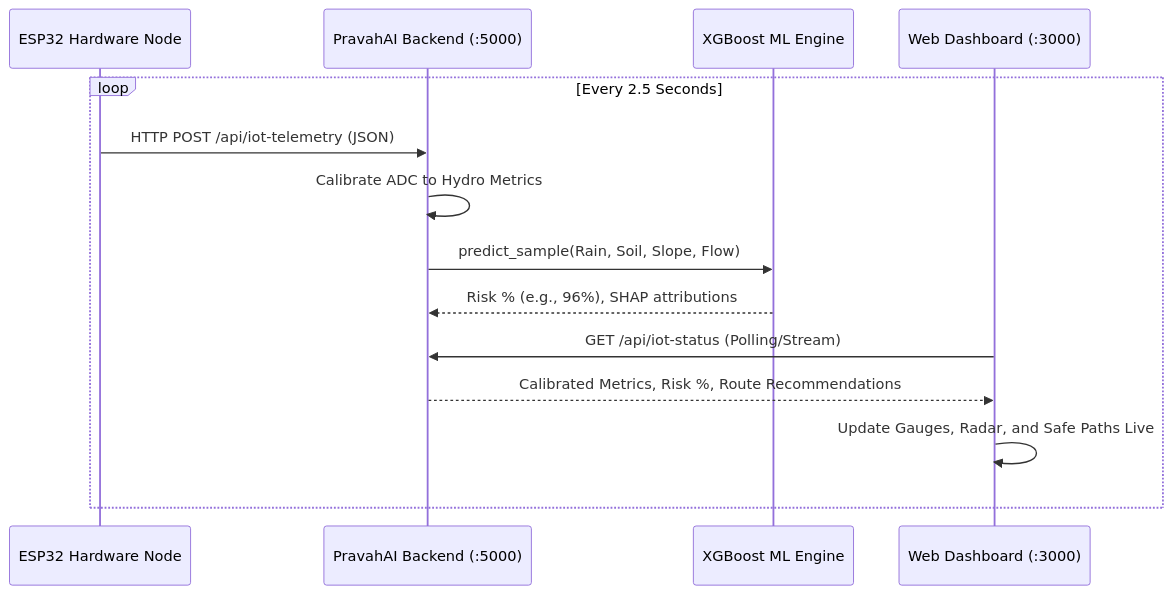
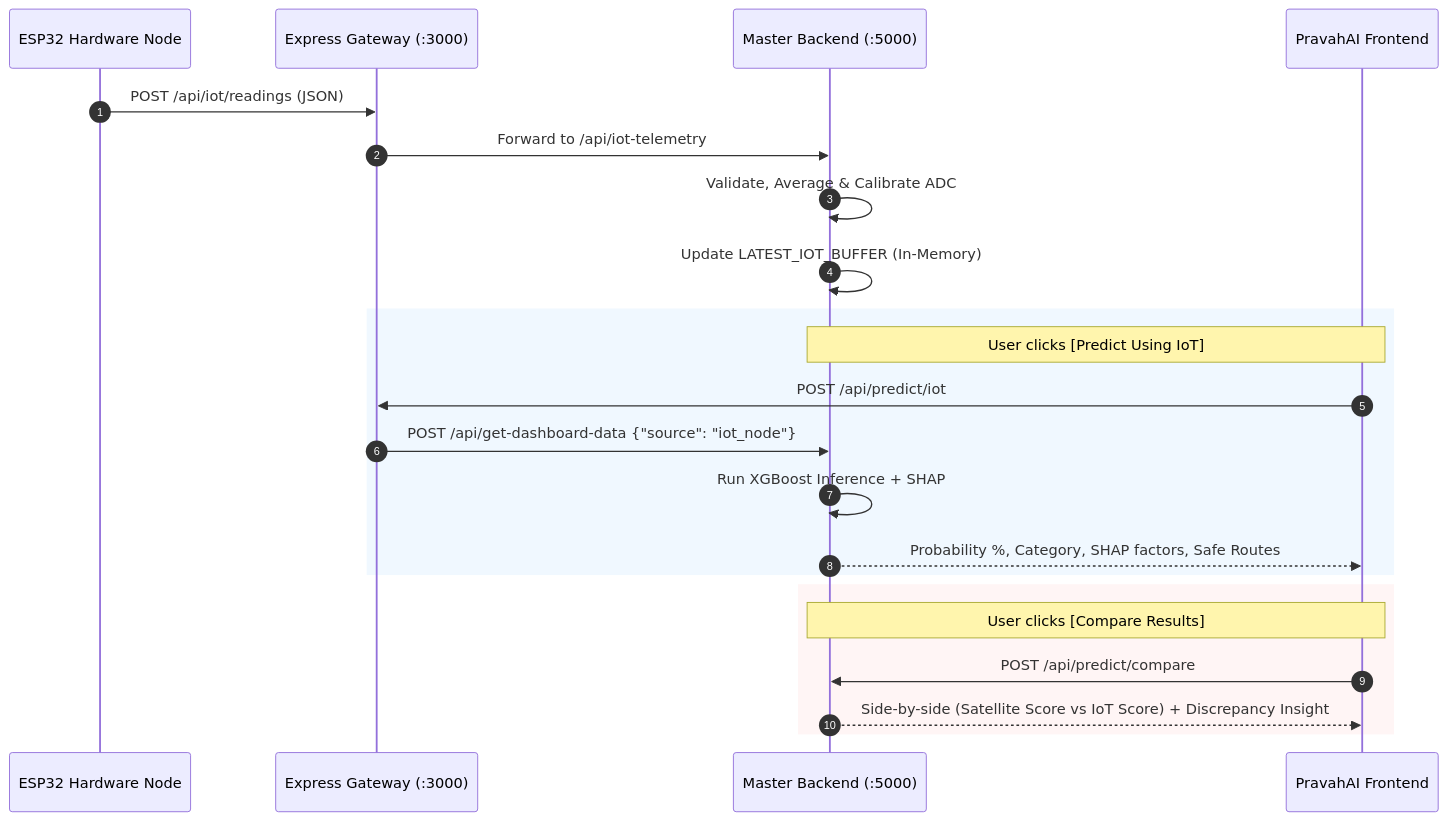
One commit to Vipin1907/PRAVAH changed the second of 2 diagrams in ESP32_IOT_INTEGRATION_PLAN.md. Above: the diagram before and after it, drawn with Mermaid. The commit also changed other lines of this file and 13 other files, not shown here.

````diff
--- a/ESP32_IOT_INTEGRATION_PLAN.md
+++ b/ESP32_IOT_INTEGRATION_PLAN.md
@@ -66,17 +109,27 @@
 ```mermaid
 sequenceDiagram
+    autonumber
     participant ESP as ESP32 Hardware Node
-    participant Flask as PravahAI Backend (:5000)
-    participant ML as XGBoost ML Engine
-    participant UI as Web Dashboard (:3000)
+    participant Gateway as Express Gateway (:3000)
+    participant Python as Master Backend (:5000)
+    participant UI as PravahAI Frontend
 
-    loop Every 2.5 Seconds
-        ESP->>Flask: HTTP POST /api/iot-telemetry (JSON)
-        Flask->>Flask: Calibrate ADC to Hydro Metrics
-        Flask->>ML: predict_sample(Rain, Soil, Slope, Flow)
-        ML-->>Flask: Risk % (e.g., 96%), SHAP attributions
-        UI->>Flask: GET /api/iot-status (Polling/Stream)
-        Flask-->>UI: Calibrated Metrics, Risk %, Route Recommendations
-        UI->>UI: Update Gauges, Radar, and Safe Paths Live
+    ESP->>Gateway: POST /api/iot/readings (JSON)
+    Gateway->>Python: Forward to /api/iot-telemetry
+    Python->>Python: Validate, Average & Calibrate ADC
+    Python->>Python: Update LATEST_IOT_BUFFER (In-Memory)
+    
+    rect rgb(240, 248, 255)
+        note over UI,Python: User clicks [Predict Using IoT]
+        UI->>Gateway: POST /api/predict/iot
+        Gateway->>Python: POST /api/get-dashboard-data {"source": "iot_node"}
+        Python->>Python: Run XGBoost Inference + SHAP
+        Python-->>UI: Probability %, Category, SHAP factors, Safe Routes
+    end
+
+    rect rgb(255, 245, 245)
+        note over UI,Python: User clicks [Compare Results]
+        UI->>Python: POST /api/predict/compare
+        Python-->>UI: Side-by-side (Satellite Score vs IoT Score) + Discrepancy Insight
     end
 ```
````
